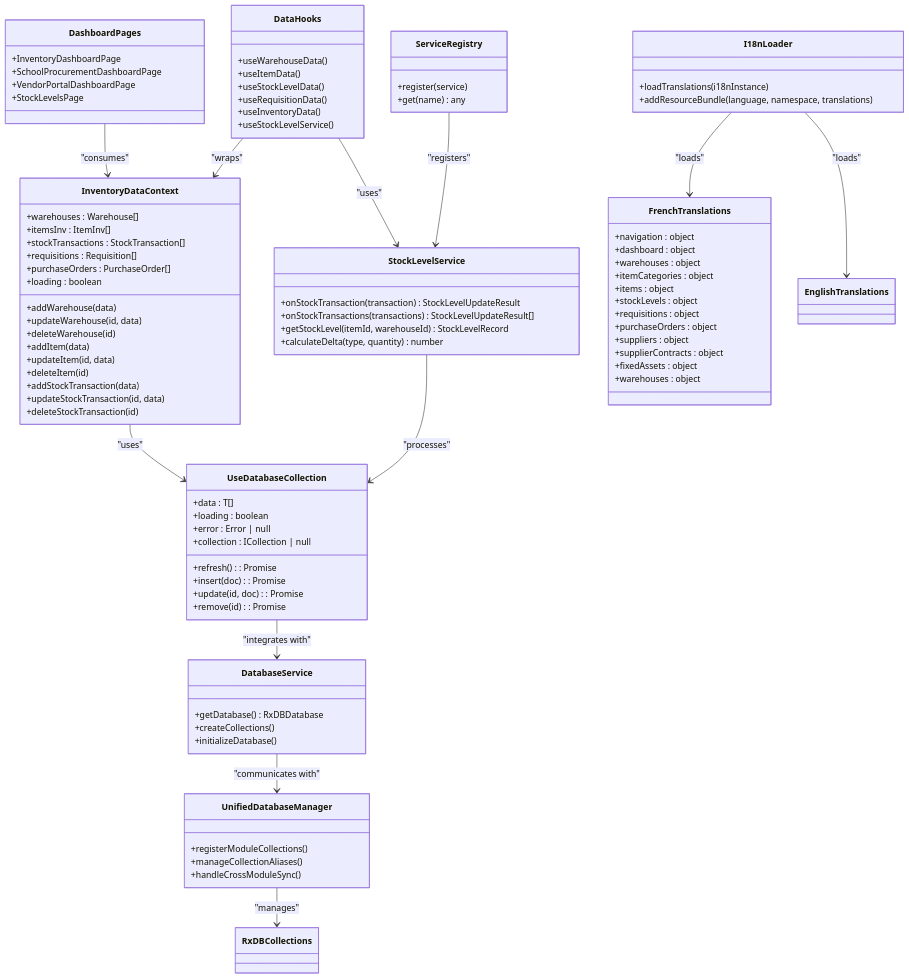
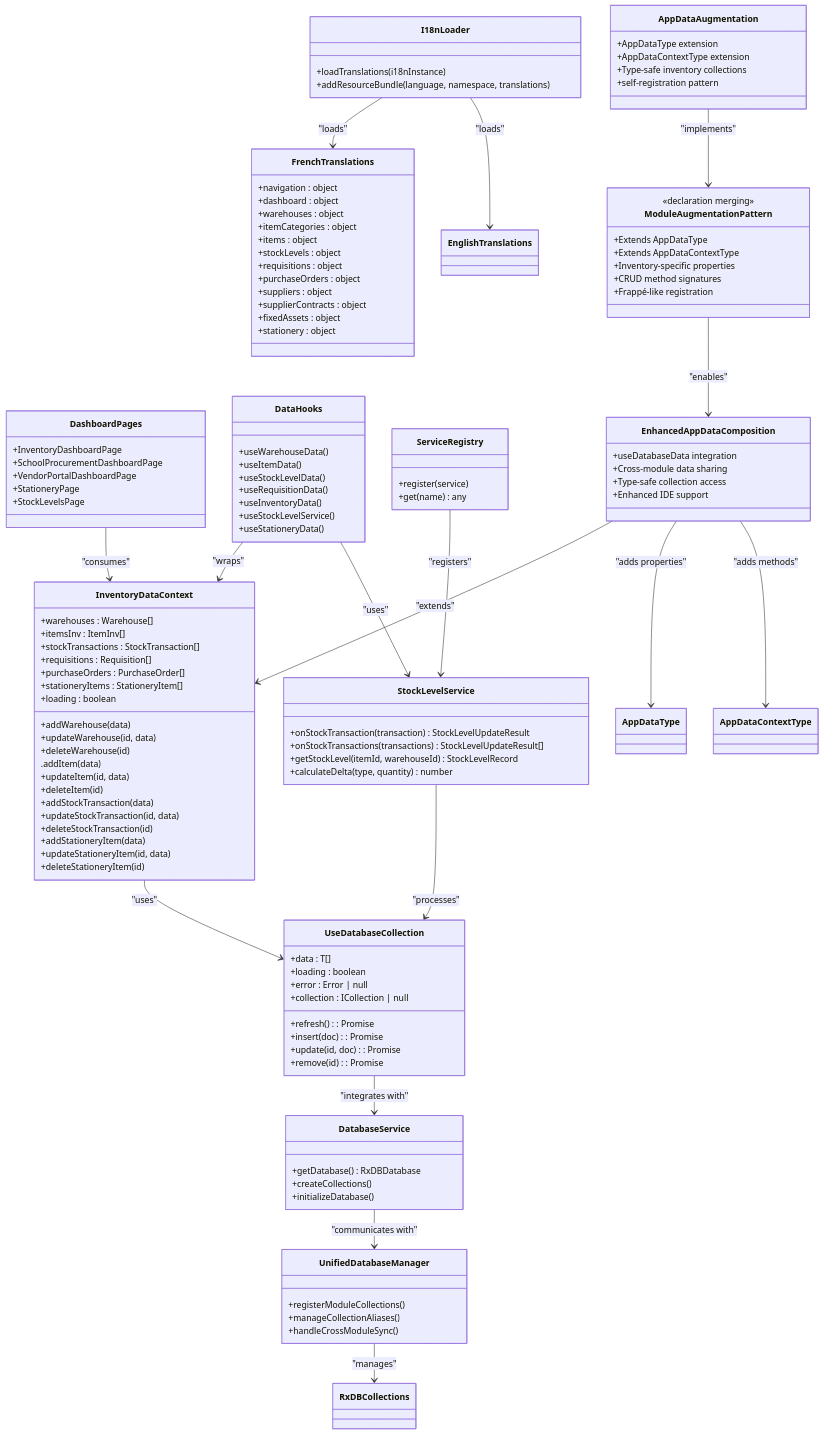
One commit to geniusdynamics/schoolpilot changed the second of 11 diagrams in .qoder/repowiki/en/content/Modules System/Inventory Module.md. Above: the diagram before and after it, drawn with Mermaid. The commit also changed other lines of this file and 54 other files, not shown here.

````diff
--- a/.qoder/repowiki/en/content/Modules System/Inventory Module.md
+++ b/.qoder/repowiki/en/content/Modules System/Inventory Module.md
@@ -261,16 +310,20 @@
 +stockTransactions : StockTransaction[]
 +requisitions : Requisition[]
 +purchaseOrders : PurchaseOrder[]
++stationeryItems : StationeryItem[]
 +loading : boolean
 +addWarehouse(data)
 +updateWarehouse(id, data)
 +deleteWarehouse(id)
-+addItem(data)
+.addItem(data)
 +updateItem(id, data)
 +deleteItem(id)
 +addStockTransaction(data)
 +updateStockTransaction(id, data)
 +deleteStockTransaction(id)
++addStationeryItem(data)
++updateStationeryItem(id, data)
++deleteStationeryItem(id)
 }
 class StockLevelService {
 +onStockTransaction(transaction) StockLevelUpdateResult
@@ -302,6 +355,7 @@
 +InventoryDashboardPage
 +SchoolProcurementDashboardPage
 +VendorPortalDashboardPage
++StationeryPage
 +StockLevelsPage
 }
 class DataHooks {
@@ -311,6 +365,7 @@
 +useRequisitionData()
 +useInventoryData()
 +useStockLevelService()
++useStationeryData()
 }
 class ServiceRegistry {
 +register(service)
@@ -332,7 +387,27 @@
 +suppliers : object
 +supplierContracts : object
 +fixedAssets : object
-+warehouses : object
++stationery : object
+}
+class AppDataAugmentation {
++AppDataType extension
++AppDataContextType extension
++Type-safe inventory collections
++self-registration pattern
+}
+class ModuleAugmentationPattern {
+<<declaration merging>>
++Extends AppDataType
++Extends AppDataContextType
++Inventory-specific properties
++CRUD method signatures
++Frappé-like registration
+}
+class EnhancedAppDataComposition {
++useDatabaseData integration
++Cross-module data sharing
++Type-safe collection access
++Enhanced IDE support
 }
 InventoryDataContext --> UseDatabaseCollection : "uses"
 StockLevelService --> UseDatabaseCollection : "processes"
@@ -345,4 +420,9 @@
 ServiceRegistry --> StockLevelService : "registers"
 I18nLoader --> FrenchTranslations : "loads"
 I18nLoader --> EnglishTranslations : "loads"
+AppDataAugmentation --> ModuleAugmentationPattern : "implements"
+ModuleAugmentationPattern --> EnhancedAppDataComposition : "enables"
+EnhancedAppDataComposition --> InventoryDataContext : "extends"
+EnhancedAppDataComposition --> AppDataType : "adds properties"
+EnhancedAppDataComposition --> AppDataContextType : "adds methods"
 ```
````
